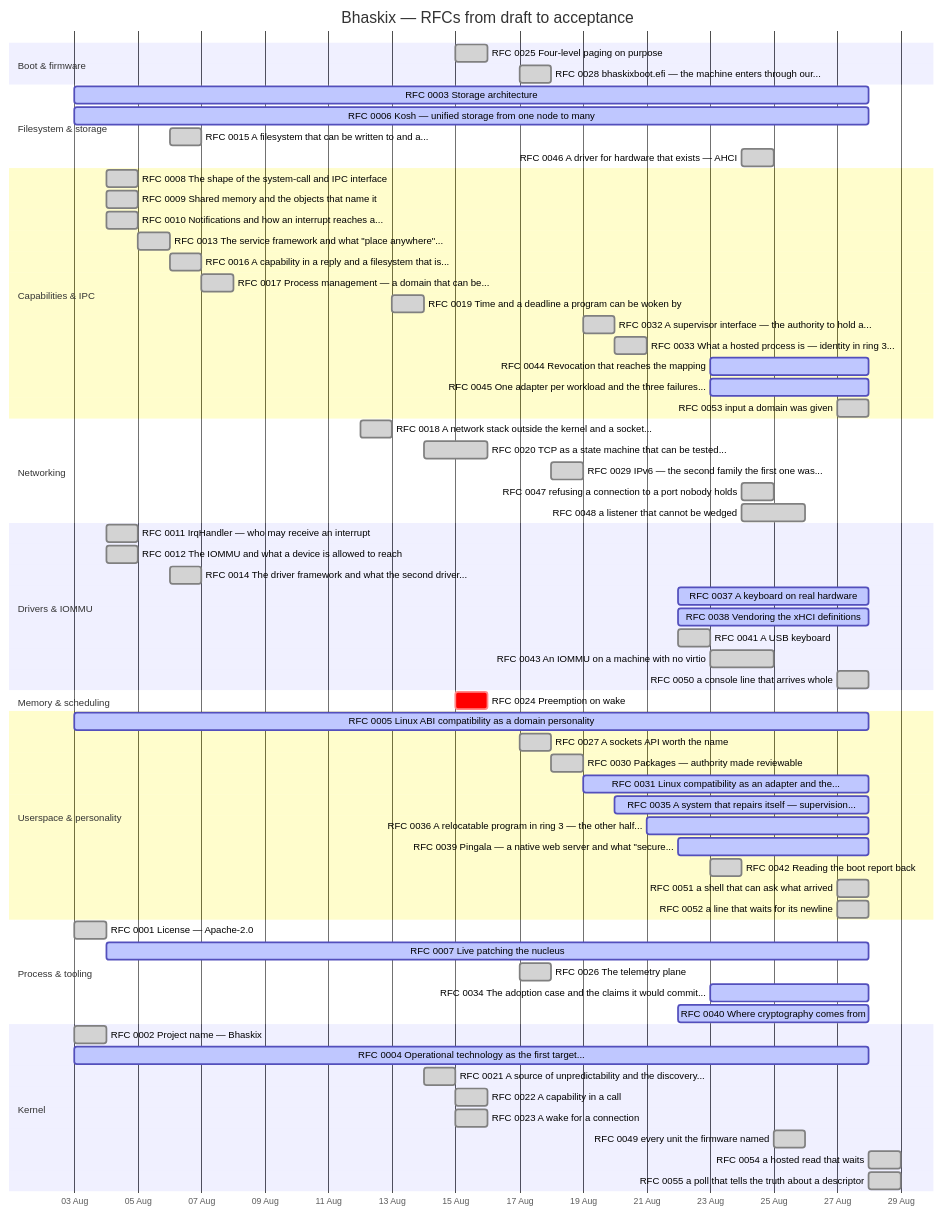
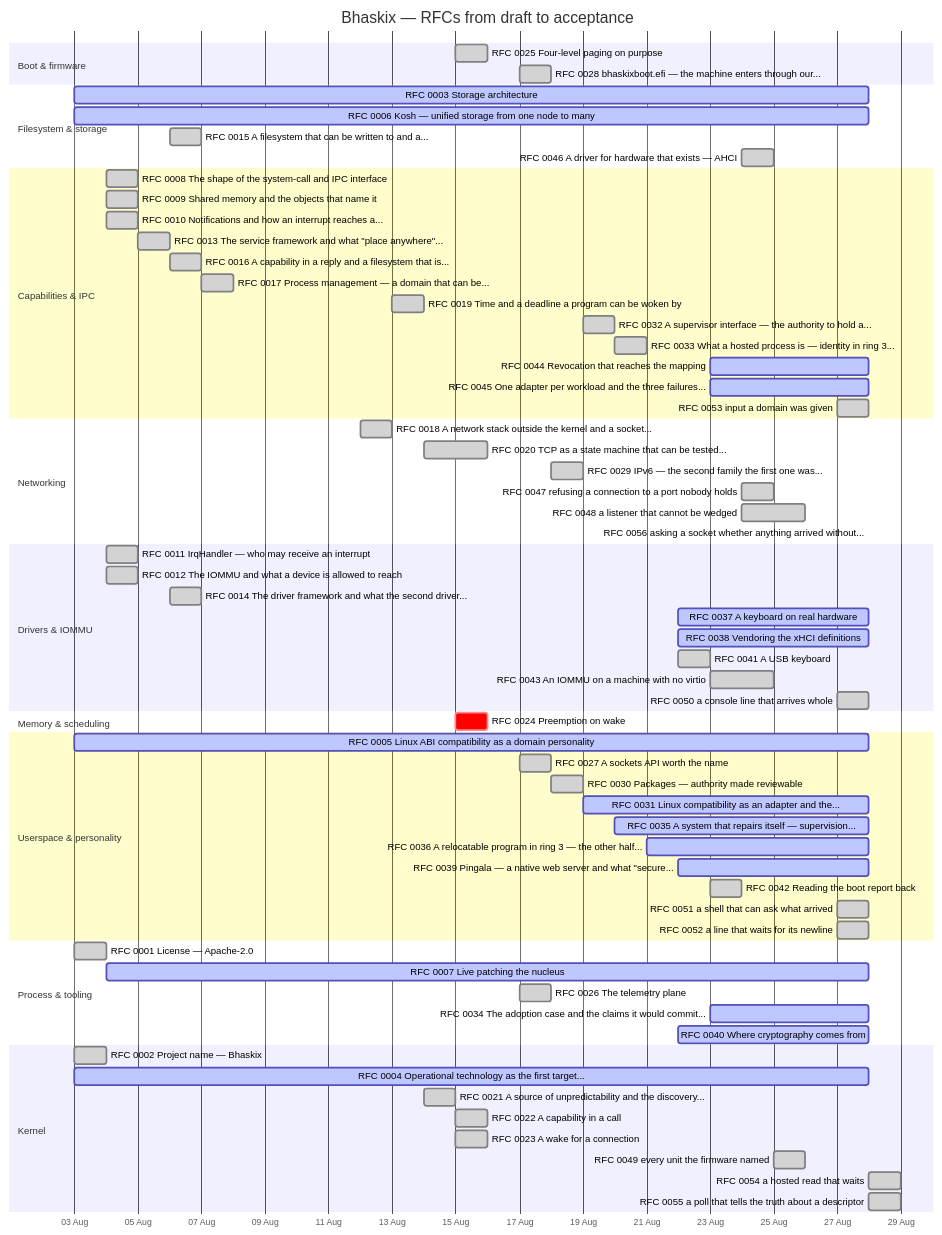
Before and after one commit to bhaskix/bhaskix: the diagram in docs/progress.md, drawn with Mermaid. The commit also changed other lines of this file and 11 other files, not shown here.

First line of the commit message:
net: poll answers for a socket, by asking without emptying it

````diff
--- a/docs/progress.md
+++ b/docs/progress.md
@@ -24,71 +24,72 @@
 ```mermaid
 gantt
     title Bhaskix — RFCs from draft to acceptance
     dateFormat YYYY-MM-DD
     axisFormat %d %b
     todayMarker off
     section Boot & firmware
     RFC 0025 Four-level paging on purpose :done, r0025, 2026-08-15, 2026-08-16
     RFC 0028 bhaskixboot.efi — the machine enters through our... :done, r0028, 2026-08-17, 2026-08-18
     section Filesystem & storage
     RFC 0003 Storage architecture :active, r0003, 2026-08-03, 2026-08-28
     RFC 0006 Kosh — unified storage from one node to many :active, r0006, 2026-08-03, 2026-08-28
     RFC 0015 A filesystem that can be written to and a... :done, r0015, 2026-08-06, 1d
     RFC 0046 A driver for hardware that exists — AHCI :done, r0046, 2026-08-24, 1d
     section Capabilities & IPC
     RFC 0008 The shape of the system-call and IPC interface :done, r0008, 2026-08-04, 1d
     RFC 0009 Shared memory and the objects that name it :done, r0009, 2026-08-04, 1d
     RFC 0010 Notifications and how an interrupt reaches a... :done, r0010, 2026-08-04, 1d
     RFC 0013 The service framework and what "place anywhere"... :done, r0013, 2026-08-05, 1d
     RFC 0016 A capability in a reply and a filesystem that is... :done, r0016, 2026-08-06, 2026-08-07
     RFC 0017 Process management — a domain that can be... :done, r0017, 2026-08-07, 1d
     RFC 0019 Time and a deadline a program can be woken by :done, r0019, 2026-08-13, 2026-08-14
     RFC 0032 A supervisor interface — the authority to hold a... :done, r0032, 2026-08-19, 2026-08-20
     RFC 0033 What a hosted process is — identity in ring 3... :done, r0033, 2026-08-20, 1d
     RFC 0044 Revocation that reaches the mapping :active, r0044, 2026-08-23, 2026-08-28
     RFC 0045 One adapter per workload and the three failures... :active, r0045, 2026-08-23, 2026-08-28
     RFC 0053 input a domain was given :done, r0053, 2026-08-27, 1d
     section Networking
     RFC 0018 A network stack outside the kernel and a socket... :done, r0018, 2026-08-12, 2026-08-13
     RFC 0020 TCP as a state machine that can be tested... :done, r0020, 2026-08-14, 2026-08-16
     RFC 0029 IPv6 — the second family the first one was... :done, r0029, 2026-08-18, 1d
     RFC 0047 refusing a connection to a port nobody holds :done, r0047, 2026-08-24, 1d
     RFC 0048 a listener that cannot be wedged :done, r0048, 2026-08-24, 2026-08-26
+    RFC 0056 asking a socket whether anything arrived without... :active, r0056, 2026-08-28, 2026-08-28
     section Drivers & IOMMU
     RFC 0011 IrqHandler — who may receive an interrupt :done, r0011, 2026-08-04, 1d
     RFC 0012 The IOMMU and what a device is allowed to reach :done, r0012, 2026-08-04, 1d
     RFC 0014 The driver framework and what the second driver... :done, r0014, 2026-08-06, 1d
     RFC 0037 A keyboard on real hardware :active, r0037, 2026-08-22, 2026-08-28
     RFC 0038 Vendoring the xHCI definitions :active, r0038, 2026-08-22, 2026-08-28
     RFC 0041 A USB keyboard :done, r0041, 2026-08-22, 2026-08-23
     RFC 0043 An IOMMU on a machine with no virtio :done, r0043, 2026-08-23, 2026-08-25
     RFC 0050 a console line that arrives whole :done, r0050, 2026-08-27, 1d
     section Memory & scheduling
     RFC 0024 Preemption on wake :crit, r0024, 2026-08-15, 1d
     section Userspace & personality
     RFC 0005 Linux ABI compatibility as a domain personality :active, r0005, 2026-08-03, 2026-08-28
     RFC 0027 A sockets API worth the name :done, r0027, 2026-08-17, 1d
     RFC 0030 Packages — authority made reviewable :done, r0030, 2026-08-18, 2026-08-19
     RFC 0031 Linux compatibility as an adapter and the... :active, r0031, 2026-08-19, 2026-08-28
     RFC 0035 A system that repairs itself — supervision... :active, r0035, 2026-08-20, 2026-08-28
     RFC 0036 A relocatable program in ring 3 — the other half... :active, r0036, 2026-08-21, 2026-08-28
     RFC 0039 Pingala — a native web server and what "secure... :active, r0039, 2026-08-22, 2026-08-28
     RFC 0042 Reading the boot report back :done, r0042, 2026-08-23, 1d
     RFC 0051 a shell that can ask what arrived :done, r0051, 2026-08-27, 1d
     RFC 0052 a line that waits for its newline :done, r0052, 2026-08-27, 1d
     section Process & tooling
     RFC 0001 License — Apache-2.0 :done, r0001, 2026-08-03, 1d
     RFC 0007 Live patching the nucleus :active, r0007, 2026-08-04, 2026-08-28
     RFC 0026 The telemetry plane :done, r0026, 2026-08-17, 1d
     RFC 0034 The adoption case and the claims it would commit... :active, r0034, 2026-08-23, 2026-08-28
     RFC 0040 Where cryptography comes from :active, r0040, 2026-08-22, 2026-08-28
     section Kernel
     RFC 0002 Project name — Bhaskix :done, r0002, 2026-08-03, 1d
     RFC 0004 Operational technology as the first target... :active, r0004, 2026-08-03, 2026-08-28
     RFC 0021 A source of unpredictability and the discovery... :done, r0021, 2026-08-14, 1d
     RFC 0022 A capability in a call :done, r0022, 2026-08-15, 2026-08-16
     RFC 0023 A wake for a connection :done, r0023, 2026-08-15, 2026-08-16
     RFC 0049 every unit the firmware named :done, r0049, 2026-08-25, 1d
     RFC 0054 a hosted read that waits :done, r0054, 2026-08-28, 1d
     RFC 0055 a poll that tells the truth about a descriptor :done, r0055, 2026-08-28, 1d
 ```
````
